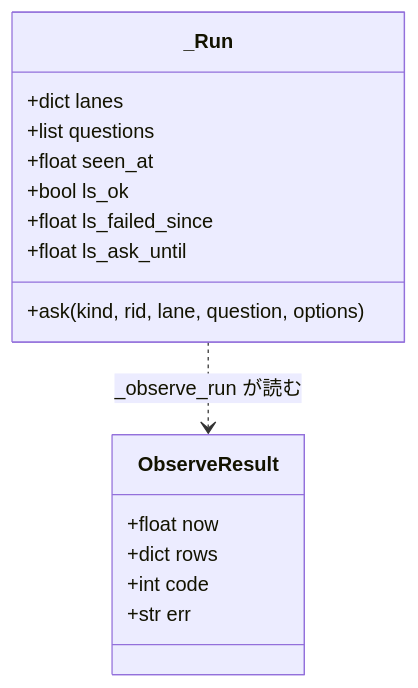
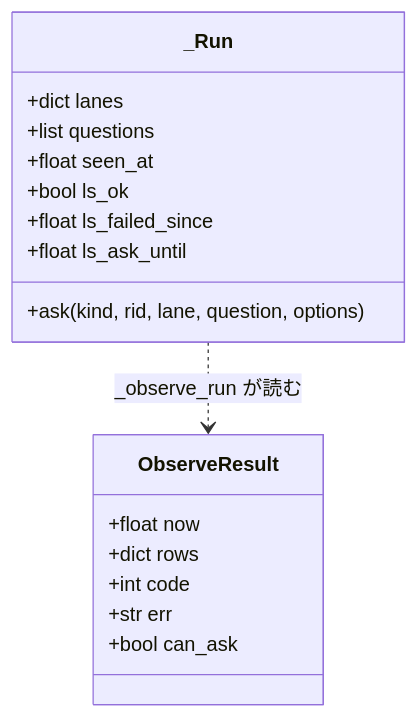
The third of 6 diagrams in issues/issue-2509-design.md (devbasex/ai-plugins), drawn with Mermaid before and after one commit. The commit also changed other lines of this file and 3 other files, not shown here.

````diff
--- a/issues/issue-2509-design.md
+++ b/issues/issue-2509-design.md
@@ -161,19 +161,20 @@
 ```mermaid
 classDiagram
     class _Run {
         +dict lanes
         +list questions
         +float seen_at
         +bool ls_ok
         +float ls_failed_since
         +float ls_ask_until
         +ask(kind, rid, lane, question, options)
     }
     class ObserveResult {
         +float now
         +dict rows
         +int code
         +str err
+        +bool can_ask
     }
     _Run ..> ObserveResult : _observe_run が読む
 ```
````
